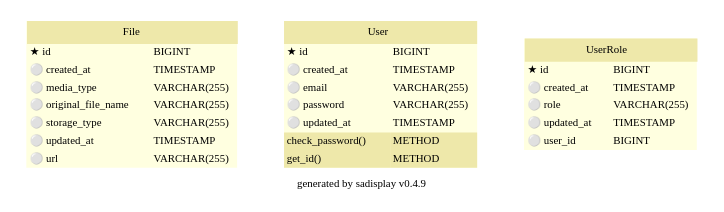
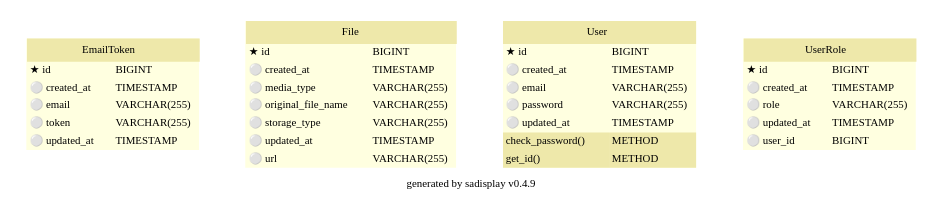
The diagram in documents/db/schema.dot (TruongTX-Martin/SMBC-Backend), drawn with Graphviz before and after one commit. The commit also changed 1 other file, not shown here.

Commit message:
update ERD

```diff
--- a/documents/db/schema.dot
+++ b/documents/db/schema.dot
@@ -1,136 +1,167 @@
 
         digraph G {
             label = "generated by sadisplay v0.4.9";
             fontname = "Bitstream Vera Sans"
             fontsize = 8
 
             node [
                 fontname = "Bitstream Vera Sans"
                 fontsize = 8
                 shape = "plaintext"
             ]
 
             edge [
                 fontname = "Bitstream Vera Sans"
                 fontsize = 8
             ]
+    
+
+        EmailToken [label=<
+        <TABLE BGCOLOR="lightyellow" BORDER="0"
+            CELLBORDER="0" CELLSPACING="0">
+                <TR><TD COLSPAN="2" CELLPADDING="4"
+                        ALIGN="CENTER" BGCOLOR="palegoldenrod"
+                ><FONT FACE="Helvetica Bold" COLOR="black"
+                >EmailToken</FONT></TD></TR><TR><TD ALIGN="LEFT" BORDER="0"
+        ><FONT FACE="Bitstream Vera Sans">★ id</FONT
+        ></TD><TD ALIGN="LEFT"
+        ><FONT FACE="Bitstream Vera Sans">BIGINT</FONT
+        ></TD></TR> <TR><TD ALIGN="LEFT" BORDER="0"
+        ><FONT FACE="Bitstream Vera Sans">⚪ created_at</FONT
+        ></TD><TD ALIGN="LEFT"
+        ><FONT FACE="Bitstream Vera Sans">TIMESTAMP</FONT
+        ></TD></TR> <TR><TD ALIGN="LEFT" BORDER="0"
+        ><FONT FACE="Bitstream Vera Sans">⚪ email</FONT
+        ></TD><TD ALIGN="LEFT"
+        ><FONT FACE="Bitstream Vera Sans">VARCHAR(255)</FONT
+        ></TD></TR> <TR><TD ALIGN="LEFT" BORDER="0"
+        ><FONT FACE="Bitstream Vera Sans">⚪ token</FONT
+        ></TD><TD ALIGN="LEFT"
+        ><FONT FACE="Bitstream Vera Sans">VARCHAR(255)</FONT
+        ></TD></TR> <TR><TD ALIGN="LEFT" BORDER="0"
+        ><FONT FACE="Bitstream Vera Sans">⚪ updated_at</FONT
+        ></TD><TD ALIGN="LEFT"
+        ><FONT FACE="Bitstream Vera Sans">TIMESTAMP</FONT
+        ></TD></TR>
+        </TABLE>
+    >]
     
 
         File [label=<
         <TABLE BGCOLOR="lightyellow" BORDER="0"
             CELLBORDER="0" CELLSPACING="0">
                 <TR><TD COLSPAN="2" CELLPADDING="4"
                         ALIGN="CENTER" BGCOLOR="palegoldenrod"
                 ><FONT FACE="Helvetica Bold" COLOR="black"
                 >File</FONT></TD></TR><TR><TD ALIGN="LEFT" BORDER="0"
         ><FONT FACE="Bitstream Vera Sans">★ id</FONT
         ></TD><TD ALIGN="LEFT"
         ><FONT FACE="Bitstream Vera Sans">BIGINT</FONT
         ></TD></TR> <TR><TD ALIGN="LEFT" BORDER="0"
         ><FONT FACE="Bitstream Vera Sans">⚪ created_at</FONT
         ></TD><TD ALIGN="LEFT"
         ><FONT FACE="Bitstream Vera Sans">TIMESTAMP</FONT
         ></TD></TR> <TR><TD ALIGN="LEFT" BORDER="0"
         ><FONT FACE="Bitstream Vera Sans">⚪ media_type</FONT
         ></TD><TD ALIGN="LEFT"
         ><FONT FACE="Bitstream Vera Sans">VARCHAR(255)</FONT
         ></TD></TR> <TR><TD ALIGN="LEFT" BORDER="0"
         ><FONT FACE="Bitstream Vera Sans">⚪ original_file_name</FONT
         ></TD><TD ALIGN="LEFT"
         ><FONT FACE="Bitstream Vera Sans">VARCHAR(255)</FONT
         ></TD></TR> <TR><TD ALIGN="LEFT" BORDER="0"
         ><FONT FACE="Bitstream Vera Sans">⚪ storage_type</FONT
         ></TD><TD ALIGN="LEFT"
         ><FONT FACE="Bitstream Vera Sans">VARCHAR(255)</FONT
         ></TD></TR> <TR><TD ALIGN="LEFT" BORDER="0"
         ><FONT FACE="Bitstream Vera Sans">⚪ updated_at</FONT
         ></TD><TD ALIGN="LEFT"
         ><FONT FACE="Bitstream Vera Sans">TIMESTAMP</FONT
         ></TD></TR> <TR><TD ALIGN="LEFT" BORDER="0"
         ><FONT FACE="Bitstream Vera Sans">⚪ url</FONT
         ></TD><TD ALIGN="LEFT"
         ><FONT FACE="Bitstream Vera Sans">VARCHAR(255)</FONT
         ></TD></TR>
         </TABLE>
     >]
     
 
         User [label=<
         <TABLE BGCOLOR="lightyellow" BORDER="0"
             CELLBORDER="0" CELLSPACING="0">
                 <TR><TD COLSPAN="2" CELLPADDING="4"
                         ALIGN="CENTER" BGCOLOR="palegoldenrod"
                 ><FONT FACE="Helvetica Bold" COLOR="black"
                 >User</FONT></TD></TR><TR><TD ALIGN="LEFT" BORDER="0"
         ><FONT FACE="Bitstream Vera Sans">★ id</FONT
         ></TD><TD ALIGN="LEFT"
         ><FONT FACE="Bitstream Vera Sans">BIGINT</FONT
         ></TD></TR> <TR><TD ALIGN="LEFT" BORDER="0"
         ><FONT FACE="Bitstream Vera Sans">⚪ created_at</FONT
         ></TD><TD ALIGN="LEFT"
         ><FONT FACE="Bitstream Vera Sans">TIMESTAMP</FONT
         ></TD></TR> <TR><TD ALIGN="LEFT" BORDER="0"
         ><FONT FACE="Bitstream Vera Sans">⚪ email</FONT
         ></TD><TD ALIGN="LEFT"
         ><FONT FACE="Bitstream Vera Sans">VARCHAR(255)</FONT
         ></TD></TR> <TR><TD ALIGN="LEFT" BORDER="0"
         ><FONT FACE="Bitstream Vera Sans">⚪ password</FONT
         ></TD><TD ALIGN="LEFT"
         ><FONT FACE="Bitstream Vera Sans">VARCHAR(255)</FONT
         ></TD></TR> <TR><TD ALIGN="LEFT" BORDER="0"
         ><FONT FACE="Bitstream Vera Sans">⚪ updated_at</FONT
         ></TD><TD ALIGN="LEFT"
         ><FONT FACE="Bitstream Vera Sans">TIMESTAMP</FONT
         ></TD></TR><TR><TD ALIGN="LEFT" BORDER="0"
         BGCOLOR="palegoldenrod"
         ><FONT FACE="Bitstream Vera Sans">check_password()</FONT></TD
         ><TD BGCOLOR="palegoldenrod" ALIGN="LEFT"
         ><FONT FACE="Bitstream Vera Sans">METHOD</FONT
         ></TD></TR> <TR><TD ALIGN="LEFT" BORDER="0"
         BGCOLOR="palegoldenrod"
         ><FONT FACE="Bitstream Vera Sans">get_id()</FONT></TD
         ><TD BGCOLOR="palegoldenrod" ALIGN="LEFT"
         ><FONT FACE="Bitstream Vera Sans">METHOD</FONT
         ></TD></TR>
         </TABLE>
     >]
     
 
         UserRole [label=<
         <TABLE BGCOLOR="lightyellow" BORDER="0"
             CELLBORDER="0" CELLSPACING="0">
                 <TR><TD COLSPAN="2" CELLPADDING="4"
                         ALIGN="CENTER" BGCOLOR="palegoldenrod"
                 ><FONT FACE="Helvetica Bold" COLOR="black"
                 >UserRole</FONT></TD></TR><TR><TD ALIGN="LEFT" BORDER="0"
         ><FONT FACE="Bitstream Vera Sans">★ id</FONT
         ></TD><TD ALIGN="LEFT"
         ><FONT FACE="Bitstream Vera Sans">BIGINT</FONT
         ></TD></TR> <TR><TD ALIGN="LEFT" BORDER="0"
         ><FONT FACE="Bitstream Vera Sans">⚪ created_at</FONT
         ></TD><TD ALIGN="LEFT"
         ><FONT FACE="Bitstream Vera Sans">TIMESTAMP</FONT
         ></TD></TR> <TR><TD ALIGN="LEFT" BORDER="0"
         ><FONT FACE="Bitstream Vera Sans">⚪ role</FONT
         ></TD><TD ALIGN="LEFT"
         ><FONT FACE="Bitstream Vera Sans">VARCHAR(255)</FONT
         ></TD></TR> <TR><TD ALIGN="LEFT" BORDER="0"
         ><FONT FACE="Bitstream Vera Sans">⚪ updated_at</FONT
         ></TD><TD ALIGN="LEFT"
         ><FONT FACE="Bitstream Vera Sans">TIMESTAMP</FONT
         ></TD></TR> <TR><TD ALIGN="LEFT" BORDER="0"
         ><FONT FACE="Bitstream Vera Sans">⚪ user_id</FONT
         ></TD><TD ALIGN="LEFT"
         ><FONT FACE="Bitstream Vera Sans">BIGINT</FONT
         ></TD></TR>
         </TABLE>
     >]
     
 	edge [
 		arrowhead = empty
 	]
 	edge [
 		arrowhead = ediamond
 		arrowtail = open
 	]
 }
```
